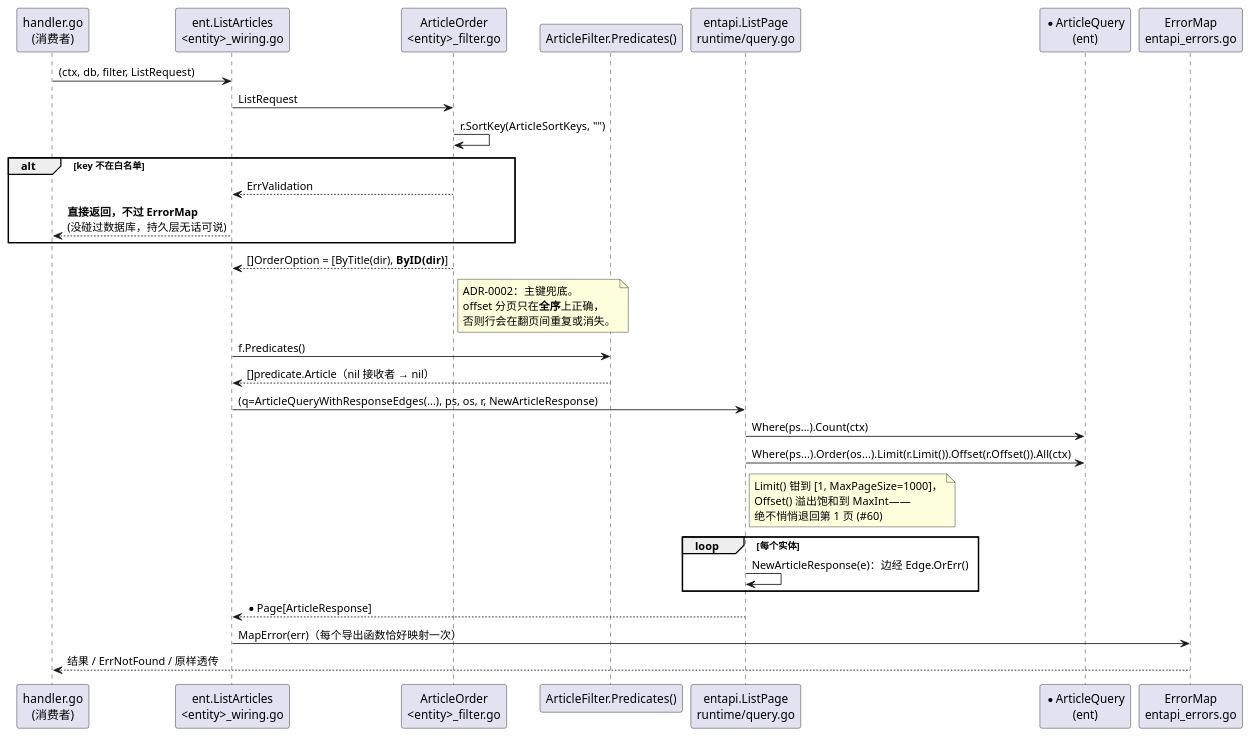
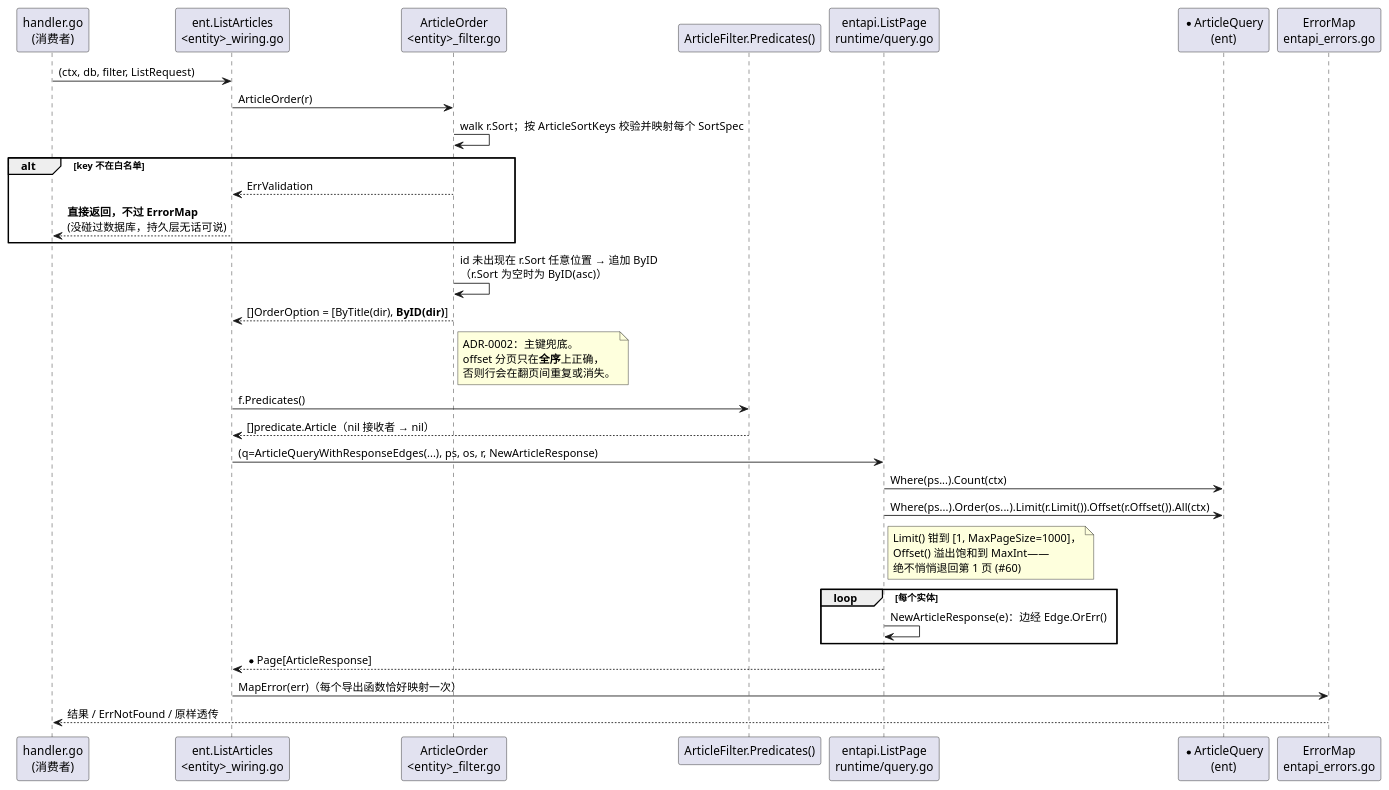
The fifth of 5 diagrams in docs/ARCHITECTURE.md (githonllc/entapi), drawn with PlantUML before and after one commit. The commit also changed other lines of this file and 57 other files, not shown here.

First line of the commit message:
feat!: op-in-value query parsing, the underscore namespace, ListRequest v2 (#82)

````diff
--- a/docs/ARCHITECTURE.md
+++ b/docs/ARCHITECTURE.md
@@ -352,42 +352,43 @@
 ```plantuml
 @startuml
 skinparam shadowing false
 participant "handler.go\n(消费者)" as H
 participant "ent.ListArticles\n<entity>_wiring.go" as W
 participant "ArticleOrder\n<entity>_filter.go" as ORD
 participant "ArticleFilter.Predicates()" as PRED
 participant "entapi.ListPage\nruntime/query.go" as LP
 participant "*ArticleQuery\n(ent)" as Q
 participant "ErrorMap\nentapi_errors.go" as EM
 
 H -> W : (ctx, db, filter, ListRequest)
-W -> ORD : ListRequest
-ORD -> ORD : r.SortKey(ArticleSortKeys, "")
+W -> ORD : ArticleOrder(r)
+ORD -> ORD : walk r.Sort；按 ArticleSortKeys 校验并映射每个 SortSpec
 alt key 不在白名单
   ORD --> W : ErrValidation
   W --> H : **直接返回，不过 ErrorMap**\n(没碰过数据库，持久层无话可说)
 end
+ORD -> ORD : id 未出现在 r.Sort 任意位置 → 追加 ByID\n（r.Sort 为空时为 ByID(asc)）
 ORD --> W : []OrderOption = [ByTitle(dir), **ByID(dir)**]
 note right of ORD
   ADR-0002：主键兜底。
   offset 分页只在**全序**上正确，
   否则行会在翻页间重复或消失。
 end note
 W -> PRED : f.Predicates()
 PRED --> W : []predicate.Article（nil 接收者 → nil）
 W -> LP : (q=ArticleQueryWithResponseEdges(...), ps, os, r, NewArticleResponse)
 LP -> Q : Where(ps...).Count(ctx)
 LP -> Q : Where(ps...).Order(os...).Limit(r.Limit()).Offset(r.Offset()).All(ctx)
 note right of LP
   Limit() 钳到 [1, MaxPageSize=1000]，
   Offset() 溢出饱和到 MaxInt——
   绝不悄悄退回第 1 页 (#60)
 end note
 loop 每个实体
   LP -> LP : NewArticleResponse(e)：边经 Edge.OrErr()
 end
 LP --> W : *Page[ArticleResponse]
 W -> EM : MapError(err)（每个导出函数恰好映射一次）
 EM --> H : 结果 / ErrNotFound / 原样透传
 @enduml
 ```
````
